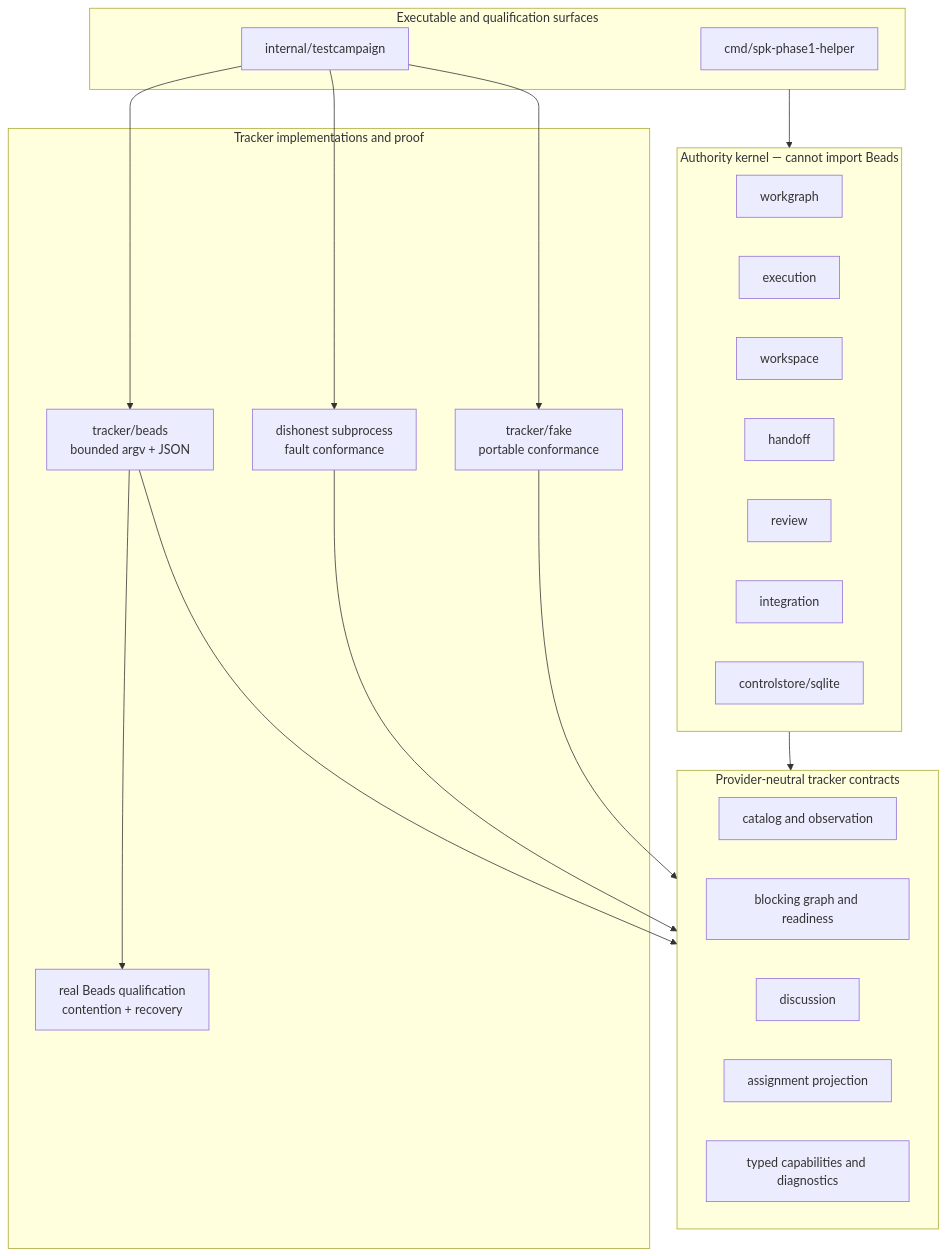
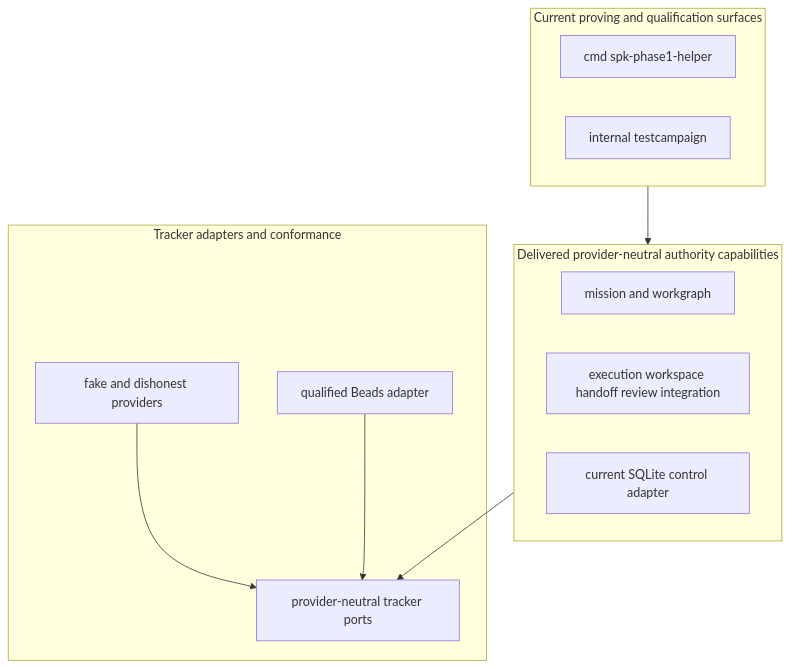
One commit to Ivan-Melck/spec-kitty-go changed the second of 3 diagrams in README.md. Above: the diagram before and after it, drawn with Mermaid. The commit also changed other lines of this file and 1 other file, not shown here.

````diff
--- a/README.md
+++ b/README.md
@@ -104,42 +129,24 @@
 ```mermaid
 flowchart TB
-    subgraph Surface["Executable and qualification surfaces"]
-        Helper["cmd/spk-phase1-helper"]
-        Campaign["internal/testcampaign"]
+    subgraph Surface[Current proving and qualification surfaces]
+        Helper[cmd spk-phase1-helper]
+        Campaign[internal testcampaign]
     end
 
-    subgraph Kernel["Authority kernel — cannot import Beads"]
-        Workgraph["workgraph"]
-        Execution["execution"]
-        Workspace["workspace"]
-        Handoff["handoff"]
-        Review["review"]
-        Integration["integration"]
-        Control["controlstore/sqlite"]
+    subgraph Kernel[Delivered provider-neutral authority capabilities]
+        Mission[mission and workgraph]
+        Execution[execution workspace handoff review integration]
+        Store[current SQLite control adapter]
     end
 
-    subgraph Ports["Provider-neutral tracker contracts"]
-        Catalog["catalog and observation"]
-        Graph["blocking graph and readiness"]
-        Discussion["discussion"]
-        Assignment["assignment projection"]
-        Diagnostics["typed capabilities and diagnostics"]
-    end
-
-    subgraph Providers["Tracker implementations and proof"]
-        Fake["tracker/fake<br/>portable conformance"]
-        Dishonest["dishonest subprocess<br/>fault conformance"]
-        BeadsAdapter["tracker/beads<br/>bounded argv + JSON"]
-        Real["real Beads qualification<br/>contention + recovery"]
+    subgraph Providers[Tracker adapters and conformance]
+        Ports[provider-neutral tracker ports]
+        Fake[fake and dishonest providers]
+        Beads[qualified Beads adapter]
     end
 
     Surface --> Kernel
     Kernel --> Ports
     Fake --> Ports
-    Dishonest --> Ports
-    BeadsAdapter --> Ports
-    Campaign --> Fake
-    Campaign --> Dishonest
-    Campaign --> BeadsAdapter
-    BeadsAdapter --> Real
+    Beads --> Ports
 ```
````
